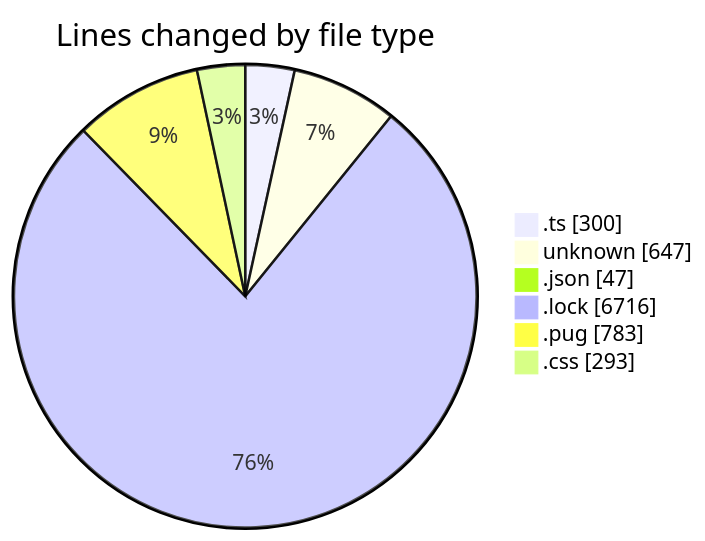
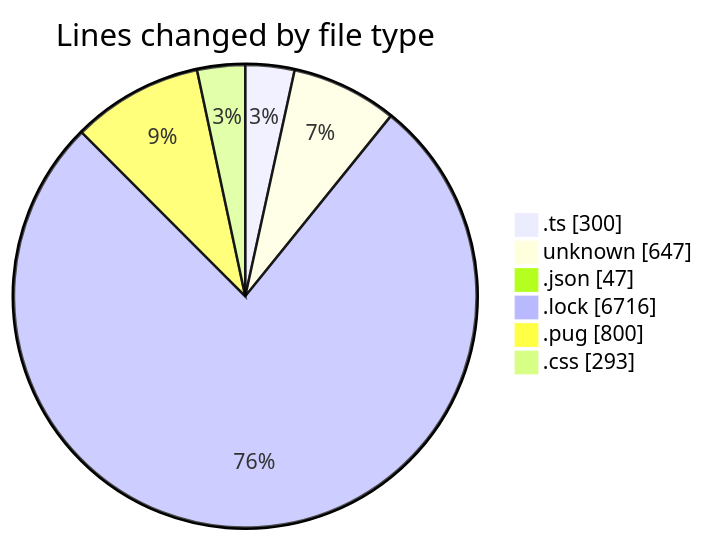
One commit to momahboobian/code-tracking changed the first of 2 diagrams in 2026-05-22/cda/README.md. Above: the diagram before and after it, drawn with Mermaid. The commit also changed other lines of this file and 1 other file, not shown here.

````diff
--- a/2026-05-22/cda/README.md
+++ b/2026-05-22/cda/README.md
@@ -30,10 +30,10 @@
 ```mermaid
 pie showData
 title Lines changed by file type
 ".ts" : 300
 "unknown" : 647
 ".json" : 47
 ".lock" : 6716
-".pug" : 783
+".pug" : 800
 ".css" : 293
 ```
````
